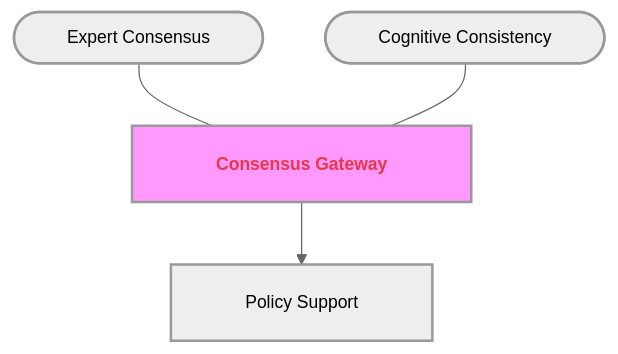
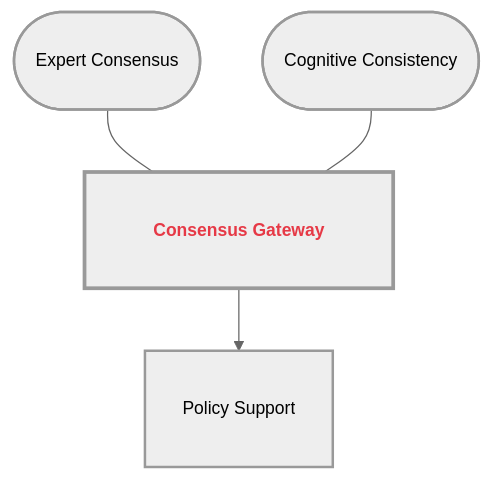
Before and after one commit to GM024/CourseSummaries: the seventh of 8 diagrams in Communication_Influence/Mastery_Guide_SOW_BS033.md, drawn with Mermaid. The commit also changed other lines of this file, not shown here.

Commit message:
Dynamic Box Standard: CSS-driven padding and HTML bolding for perfect diagram rendering

````diff
--- a/Communication_Influence/Mastery_Guide_SOW_BS033.md
+++ b/Communication_Influence/Mastery_Guide_SOW_BS033.md
@@ -237,13 +237,13 @@
 ```mermaid
-%%{init: { 'flowchart': { 'padding': 20, 'nodeSpacing': 50, 'rankSpacing': 50, 'useMaxWidth': false }, 'theme': 'neutral', 'themeVariables': { 'fontSize': '14px' }}}%%
+%%{init: { 'flowchart': { 'useMaxWidth': false, 'htmlLabels': true }, 'theme': 'neutral', 'themeVariables': { 'fontSize': '14px' }}}%%
 graph TD
-    Hub["&nbsp;&nbsp;&nbsp;&nbsp;&nbsp;&nbsp; <span style='color:#e63946'><b>Consensus Gateway</b></span> &nbsp;&nbsp;&nbsp;&nbsp;&nbsp;&nbsp;"]:::hubNode
+    classDef sandbox padding-left:20px,padding-right:20px,padding-top:10px,padding-bottom:10px,stroke-width:2px;
+    classDef hub padding-left:25px,padding-right:25px,padding-top:15px,padding-bottom:15px,stroke-width:3px,font-weight:bold;
+
+    Hub["<span style='color:#e63946'><b>Consensus Gateway</b></span>"]:::hub
     
-    S1(["&nbsp;&nbsp;&nbsp;&nbsp;&nbsp;&nbsp; Expert Consensus &nbsp;&nbsp;&nbsp;&nbsp;&nbsp;&nbsp;"]) --- Hub
-    S2(["&nbsp;&nbsp;&nbsp;&nbsp;&nbsp;&nbsp; Cognitive Consistency &nbsp;&nbsp;&nbsp;&nbsp;&nbsp;&nbsp;"]) --- Hub
+    S1(["Expert Consensus"]):::sandbox --- Hub
+    S2(["Cognitive Consistency"]):::sandbox --- Hub
     
-    Hub --> B1["&nbsp;&nbsp;&nbsp;&nbsp; Policy Support &nbsp;&nbsp;&nbsp;&nbsp;"]
-    
-    classDef hubNode font-weight:bold,stroke-width:2px,fill:#f9f;
-    classDef default stroke-width:2px;
+    Hub --> B1["Policy Support"]:::sandbox
 ```
````
